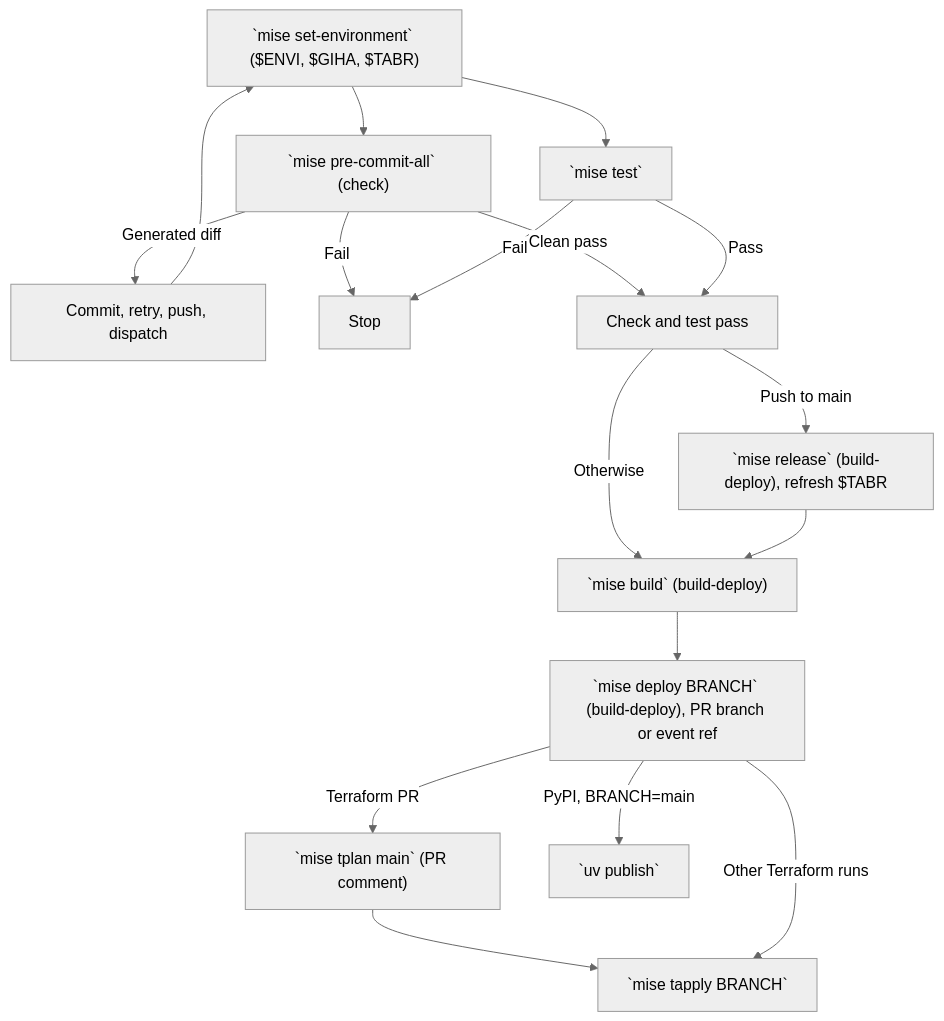
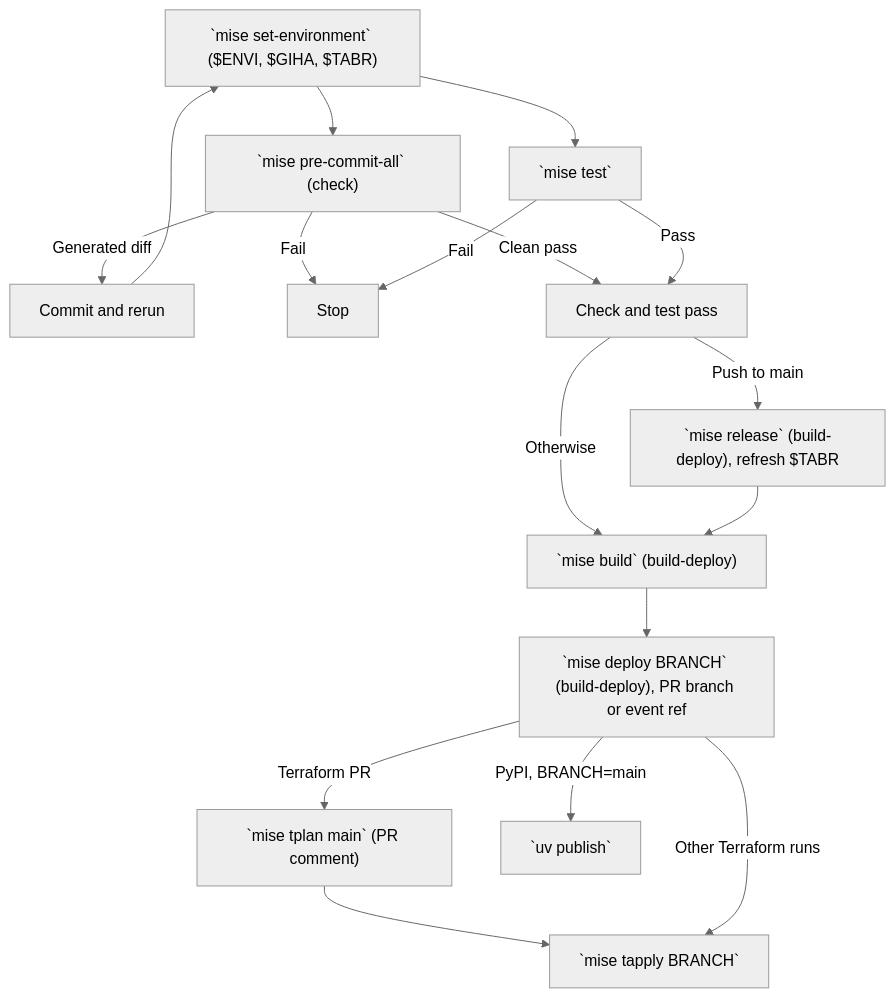
The diagram in README.md (biobuddies/measles), drawn with Mermaid (neutral theme) before and after one commit.

Commit message:
Shorten the commit and rerun label

````diff
--- a/README.md
+++ b/README.md
@@ -78,19 +78,19 @@
 ```mermaid
 flowchart TD
     Context[" `mise set-environment` ($ENVI, $GIHA, $TABR)"] --> Check[" `mise pre-commit-all` (check)"]
     Context --> Test[" `mise test`"]
-    Check -- "Generated diff" --> Retry["Commit, retry, push, dispatch"]
+    Check -- "Generated diff" --> Retry["Commit and rerun"]
     Retry --> Context
     Check -- Fail --> Stop["Stop"]
     Test -- Fail --> Stop
     Check -- "Clean pass" --> BuildDeploy["Check and test pass"]
     Test -- Pass --> BuildDeploy
     BuildDeploy -- "Push to main" --> Release[" `mise release` (build-deploy), refresh $TABR"]
     BuildDeploy -- Otherwise --> Build[" `mise build` (build-deploy)"]
     Release --> Build
     Build --> Deploy[" `mise deploy BRANCH` (build-deploy), PR branch or event ref"]
     Deploy -- "Terraform PR" --> Plan[" `mise tplan main` (PR comment)"]
     Plan --> Apply[" `mise tapply BRANCH`"]
     Deploy -- "Other Terraform runs" --> Apply
     Deploy -- "PyPI, BRANCH=main" --> Publish[" `uv publish`"]
 ```
````
